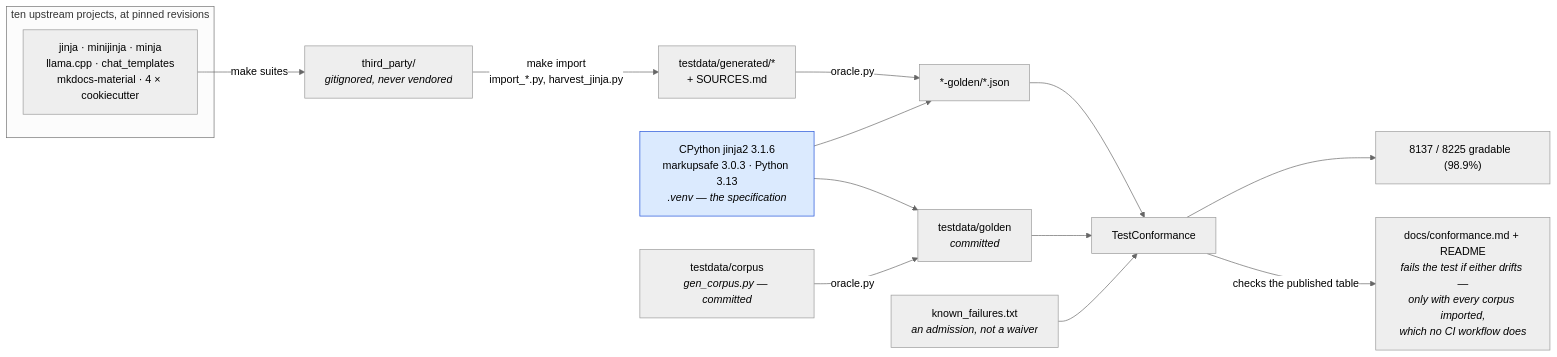
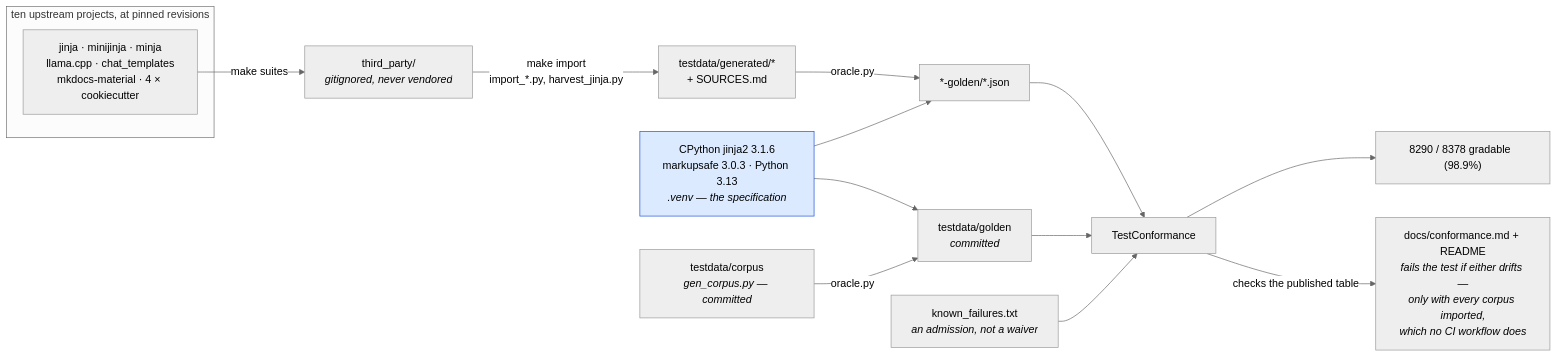
One commit to mgilbir/gojja2 changed the first of 2 diagrams in docs/conformance.md. Above: the diagram before and after it, drawn with Mermaid (neutral theme). The commit also changed other lines of this file and 465 other files, not shown here.

````diff
--- a/docs/conformance.md
+++ b/docs/conformance.md
@@ -17,24 +17,24 @@
 ```mermaid
 flowchart LR
     subgraph up["ten upstream projects, at pinned revisions"]
         U1["jinja · minijinja · minja<br/>llama.cpp · chat_templates<br/>mkdocs-material · 4 × cookiecutter"]
     end
     U1 -->|"make suites"| TP["third_party/<br/><i>gitignored, never vendored</i>"]
     TP -->|"make import<br/>import_*.py, harvest_jinja.py"| GEN["testdata/generated/*<br/>+ SOURCES.md"]
 
     ORA["CPython jinja2 3.1.6<br/>markupsafe 3.0.3 · Python 3.13<br/><i>.venv — the specification</i>"]
     GEN -->|"oracle.py"| G2["*-golden/*.json"]
     ORA --> G2
 
     OWN["testdata/corpus<br/><i>gen_corpus.py — committed</i>"] -->|"oracle.py"| G1["testdata/golden<br/><i>committed</i>"]
     ORA --> G1
 
     G1 --> TC["TestConformance"]
     G2 --> TC
     KF["known_failures.txt<br/><i>an admission, not a waiver</i>"] --> TC
-    TC --> RATE["8137 / 8225 gradable  (98.9%)"]
+    TC --> RATE["8290 / 8378 gradable  (98.9%)"]
     TC -->|"checks the published table"| RM["docs/conformance.md + README<br/><i>fails the test if either drifts —<br/>only with every corpus imported,<br/>which no CI workflow does</i>"]
 
     classDef spec fill:#dbeafe,stroke:#1d4ed8,color:#000
     class ORA spec
 ```
````
